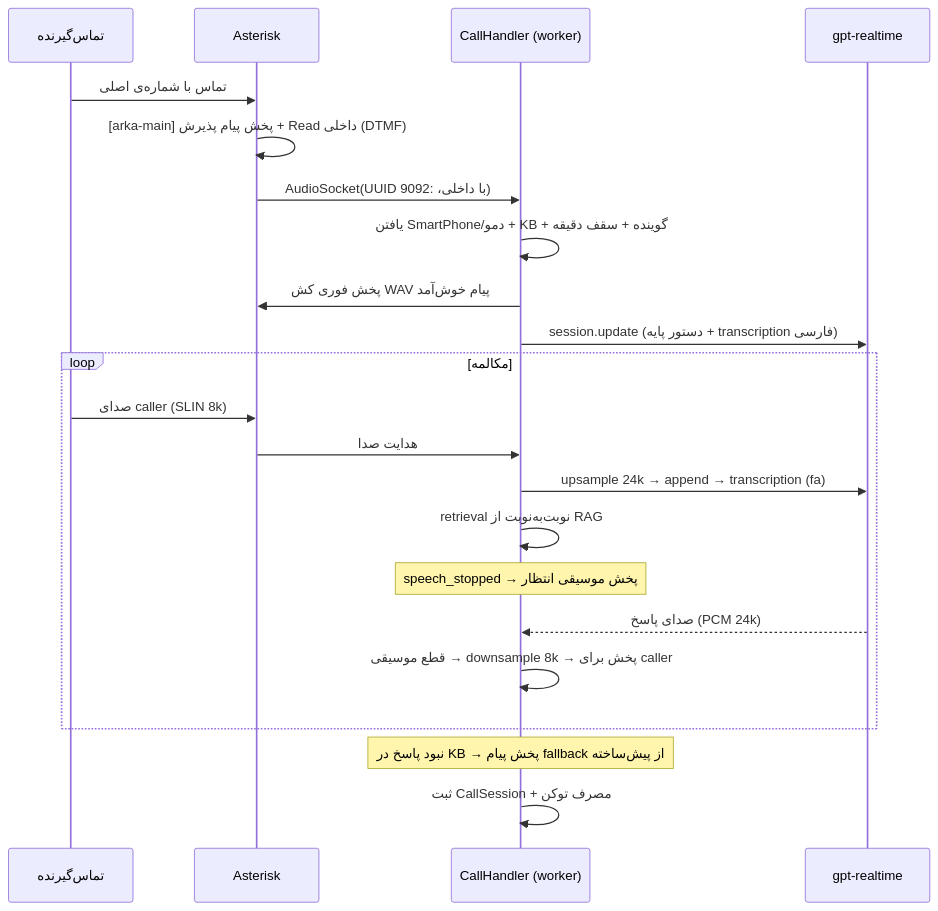
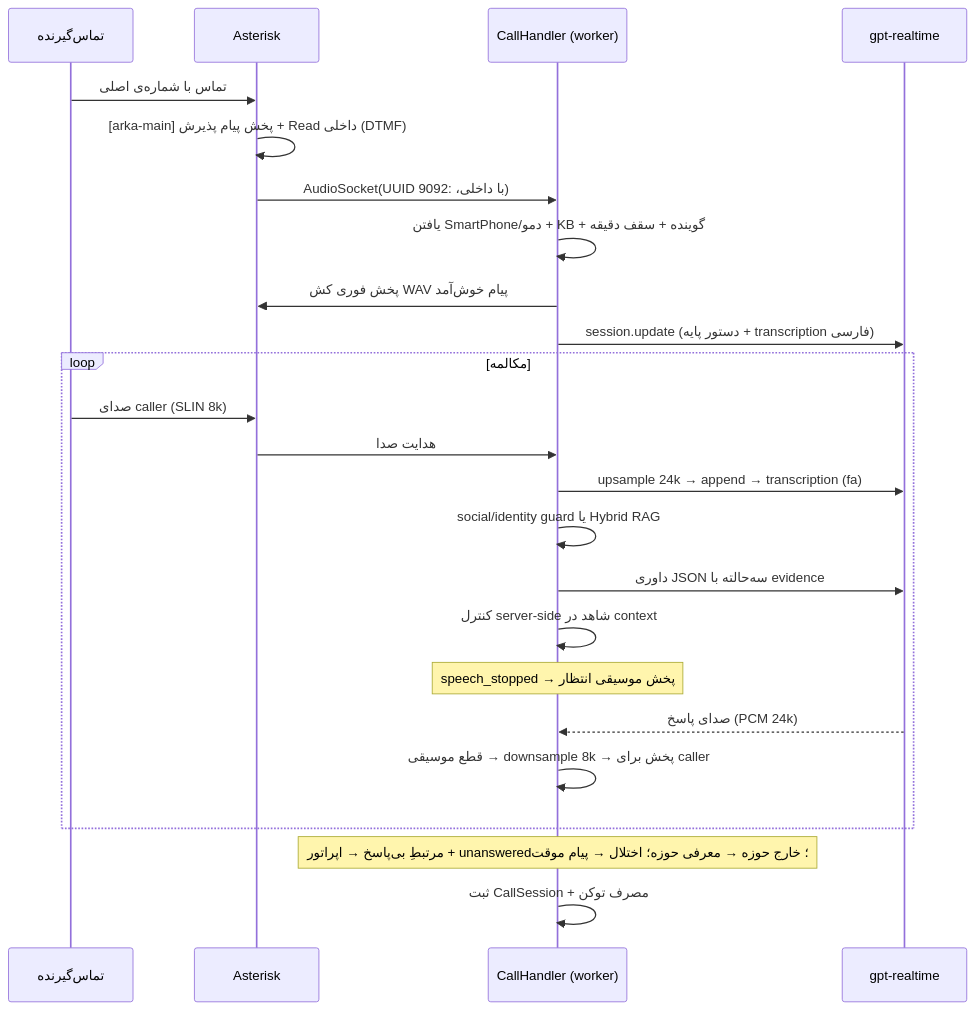
Before and after one commit to mohamadkheiry/ArkaCallCenterDemo: the seventh of 8 diagrams in docs/ARCHITECTURE.md, drawn with Mermaid. The commit also changed other lines of this file and 5 other files, not shown here.

````diff
--- a/docs/ARCHITECTURE.md
+++ b/docs/ARCHITECTURE.md
@@ -279,24 +279,26 @@
 ```mermaid
 sequenceDiagram
     participant C as تماس‌گیرنده
     participant PBX as Asterisk
     participant W as CallHandler (worker)
     participant O as gpt-realtime
     C->>PBX: تماس با شماره‌ی اصلی
     PBX->>PBX: [arka-main] پخش پیام پذیرش + Read داخلی (DTMF)
     PBX->>W: AudioSocket(UUID با داخلی، :9092)
     W->>W: یافتن SmartPhone/دمو + KB + گوینده + سقف دقیقه
     W->>PBX: پخش فوری کش WAV پیام خوش‌آمد
     W->>O: session.update (دستور پایه + transcription فارسی)
     loop مکالمه
       C->>PBX: صدای caller (SLIN 8k)
       PBX->>W: هدایت صدا
       W->>O: upsample 24k → append → transcription (fa)
-      W->>W: retrieval نوبت‌به‌نوبت از RAG
+      W->>W: social/identity guard یا Hybrid RAG
+      W->>O: داوری JSON سه‌حالته با evidence
+      W->>W: کنترل server-side شاهد در context
       Note over W: speech_stopped → پخش موسیقی انتظار
       O-->>W: صدای پاسخ (PCM 24k)
       W->>W: قطع موسیقی → downsample 8k → پخش برای caller
     end
-    Note over W: نبود پاسخ در KB → پخش پیام fallback از پیش‌ساخته
+    Note over W: مرتبطِ بی‌پاسخ → اپراتور + unanswered؛ خارج حوزه → معرفی حوزه؛ اختلال → پیام موقت
     W->>W: ثبت CallSession + مصرف توکن
 ```
````
